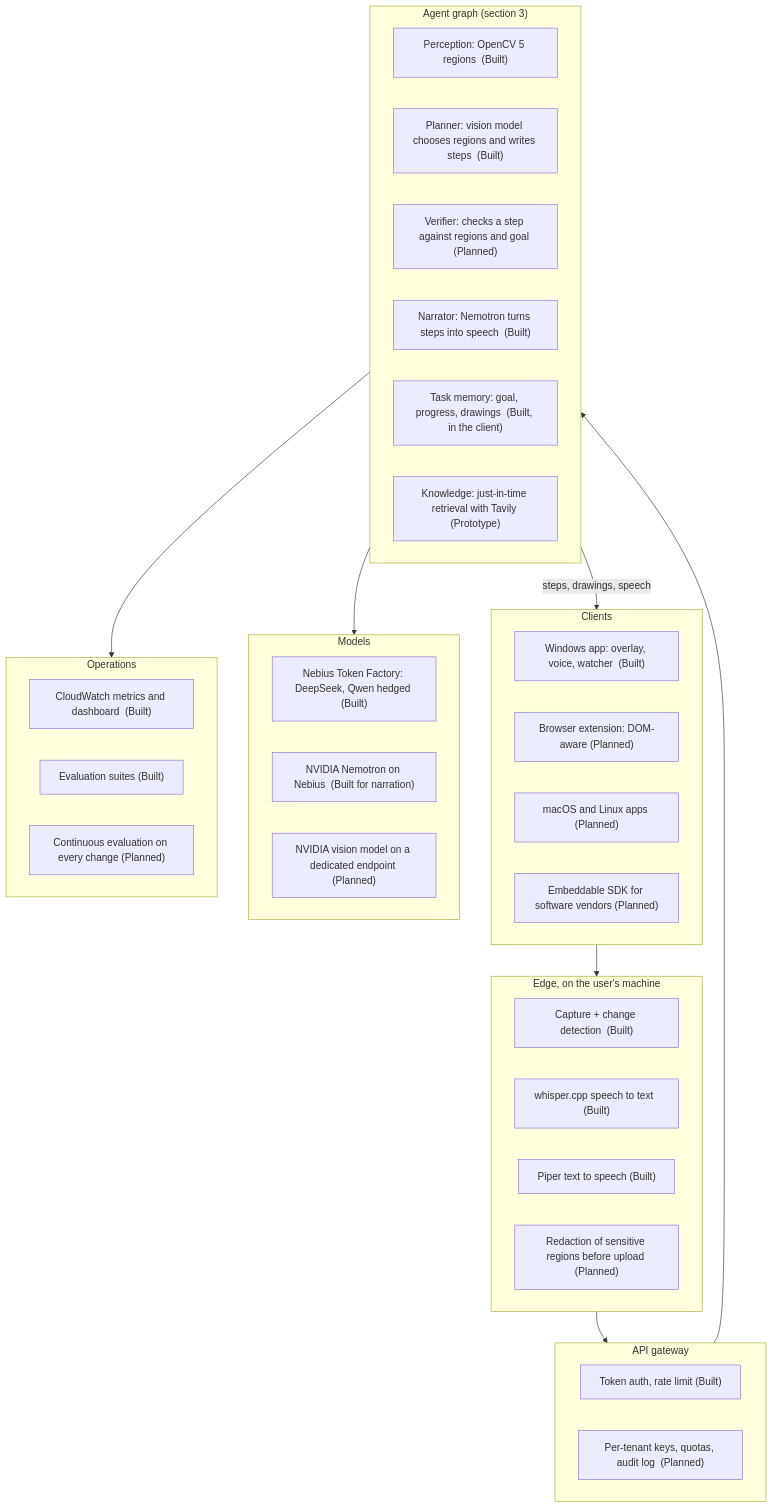
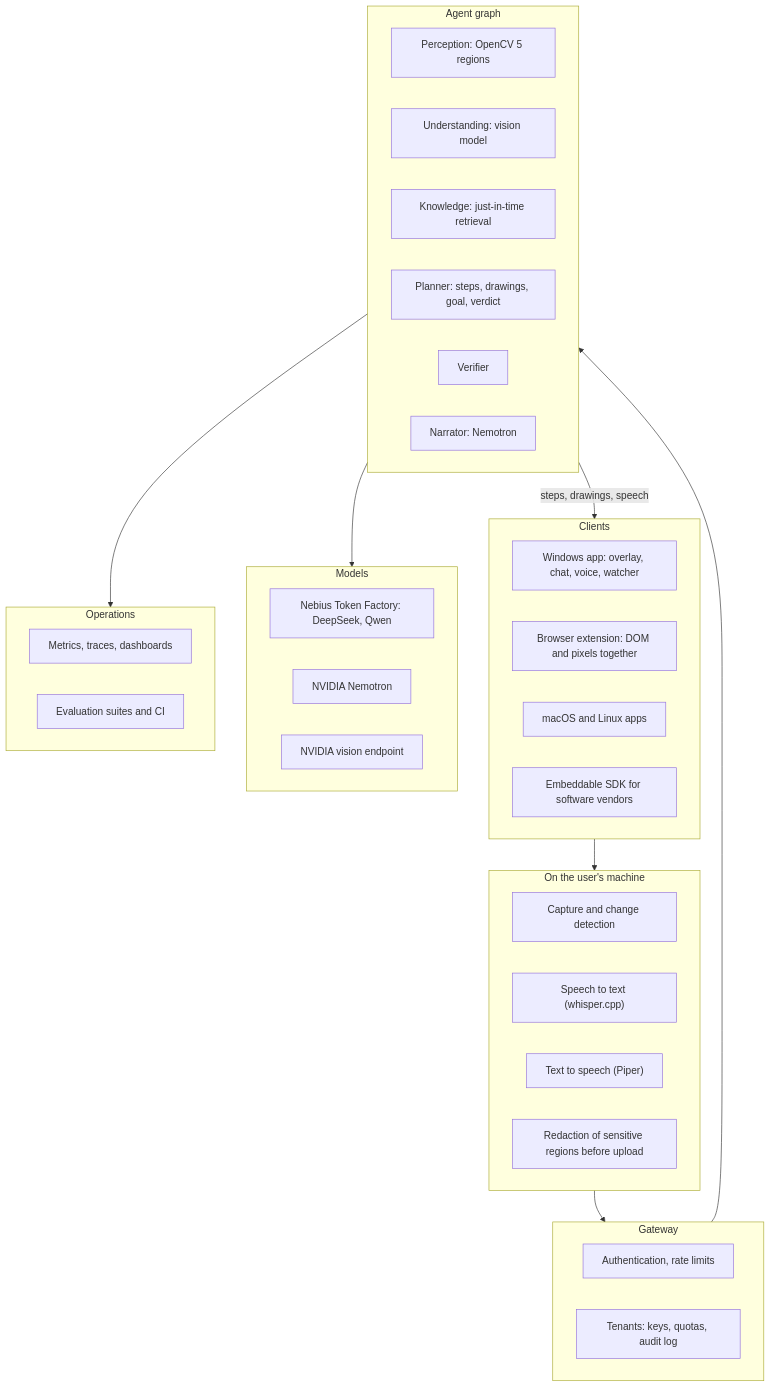
The first of 2 diagrams in ARCHITECTURE.md (hungtruongOwolf/screen-tutor), drawn with Mermaid before and after one commit. The commit also changed other lines of this file and 2 other files, not shown here.

Commit message:
ARCHITECTURE.md as a design document without status labels; local gap list stays out of git

````diff
--- a/ARCHITECTURE.md
+++ b/ARCHITECTURE.md
@@ -30,40 +32,39 @@
 ```mermaid
 flowchart TB
   subgraph Client["Clients"]
-    WIN["Windows app: overlay, voice, watcher  (Built)"]
-    EXT["Browser extension: DOM-aware (Planned)"]
-    MAC["macOS and Linux apps (Planned)"]
-    SDK["Embeddable SDK for software vendors (Planned)"]
+    WIN["Windows app: overlay, chat, voice, watcher"]
+    EXT["Browser extension: DOM and pixels together"]
+    DESK["macOS and Linux apps"]
+    SDK["Embeddable SDK for software vendors"]
   end
-  subgraph Edge["Edge, on the user's machine"]
-    CAP["Capture + change detection  (Built)"]
-    STT["whisper.cpp speech to text  (Built)"]
-    TTS["Piper text to speech  (Built)"]
-    PRIV["Redaction of sensitive regions before upload (Planned)"]
+  subgraph Edge["On the user's machine"]
+    CAP["Capture and change detection"]
+    STT["Speech to text (whisper.cpp)"]
+    TTS["Text to speech (Piper)"]
+    RED["Redaction of sensitive regions before upload"]
   end
-  subgraph Gateway["API gateway"]
-    AUTH["Token auth, rate limit  (Built)"]
-    TEN["Per-tenant keys, quotas, audit log  (Planned)"]
+  subgraph Gateway["Gateway"]
+    AUTH["Authentication, rate limits"]
+    TEN["Tenants: keys, quotas, audit log"]
   end
-  subgraph Brain["Agent graph (section 3)"]
-    PER["Perception: OpenCV 5 regions  (Built)"]
-    PLAN["Planner: vision model chooses regions and writes steps  (Built)"]
-    VER["Verifier: checks a step against regions and goal (Planned)"]
-    NAR["Narrator: Nemotron turns steps into speech  (Built)"]
-    MEM["Task memory: goal, progress, drawings  (Built, in the client)"]
-    KNOW["Knowledge: just-in-time retrieval with Tavily (Prototype)"]
+  subgraph Brain["Agent graph"]
+    PER["Perception: OpenCV 5 regions"]
+    UND["Understanding: vision model"]
+    KNOW["Knowledge: just-in-time retrieval"]
+    PLAN["Planner: steps, drawings, goal, verdict"]
+    VER["Verifier"]
+    NAR["Narrator: Nemotron"]
   end
   subgraph Models["Models"]
-    NEB["Nebius Token Factory: DeepSeek, Qwen hedged (Built)"]
-    NVD["NVIDIA Nemotron on Nebius  (Built for narration)"]
-    NVV["NVIDIA vision model on a dedicated endpoint (Planned)"]
+    NEB["Nebius Token Factory: DeepSeek, Qwen"]
+    NVD["NVIDIA Nemotron"]
+    NVV["NVIDIA vision endpoint"]
   end
   subgraph Ops["Operations"]
-    OBS["CloudWatch metrics and dashboard  (Built)"]
-    EVAL["Evaluation suites (Built)"]
-    CI["Continuous evaluation on every change (Planned)"]
+    OBS["Metrics, traces, dashboards"]
+    EVAL["Evaluation suites and CI"]
   end
   Client --> Edge --> Gateway --> Brain --> Models
   Brain --> Ops
   Brain -->|"steps, drawings, speech"| Client
 ```
````
